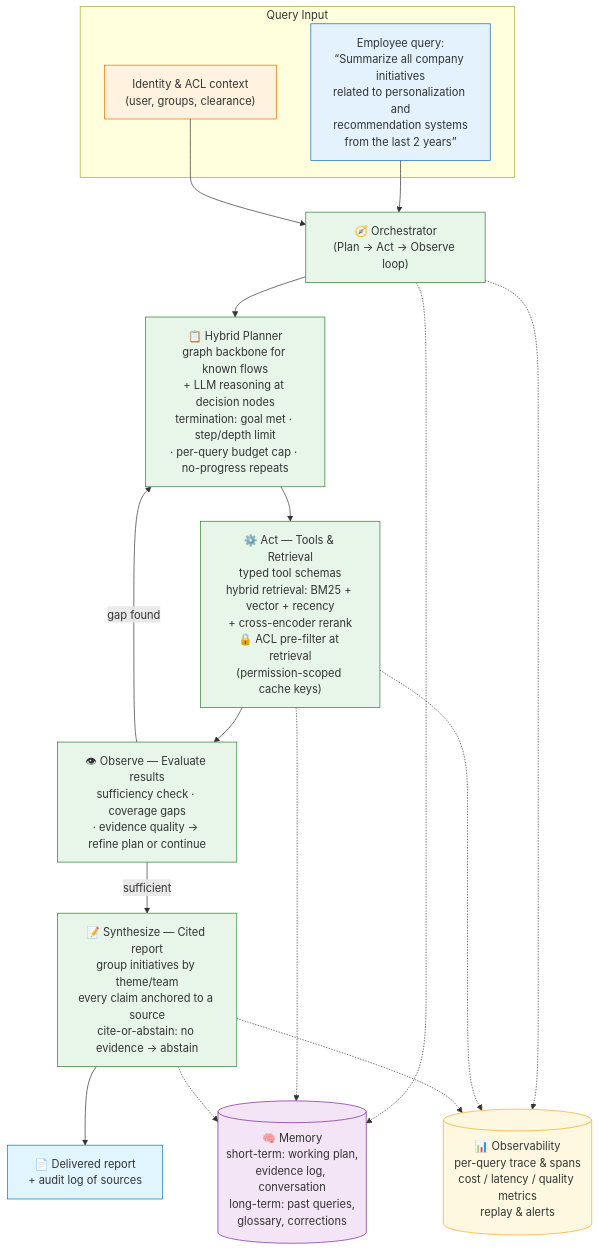
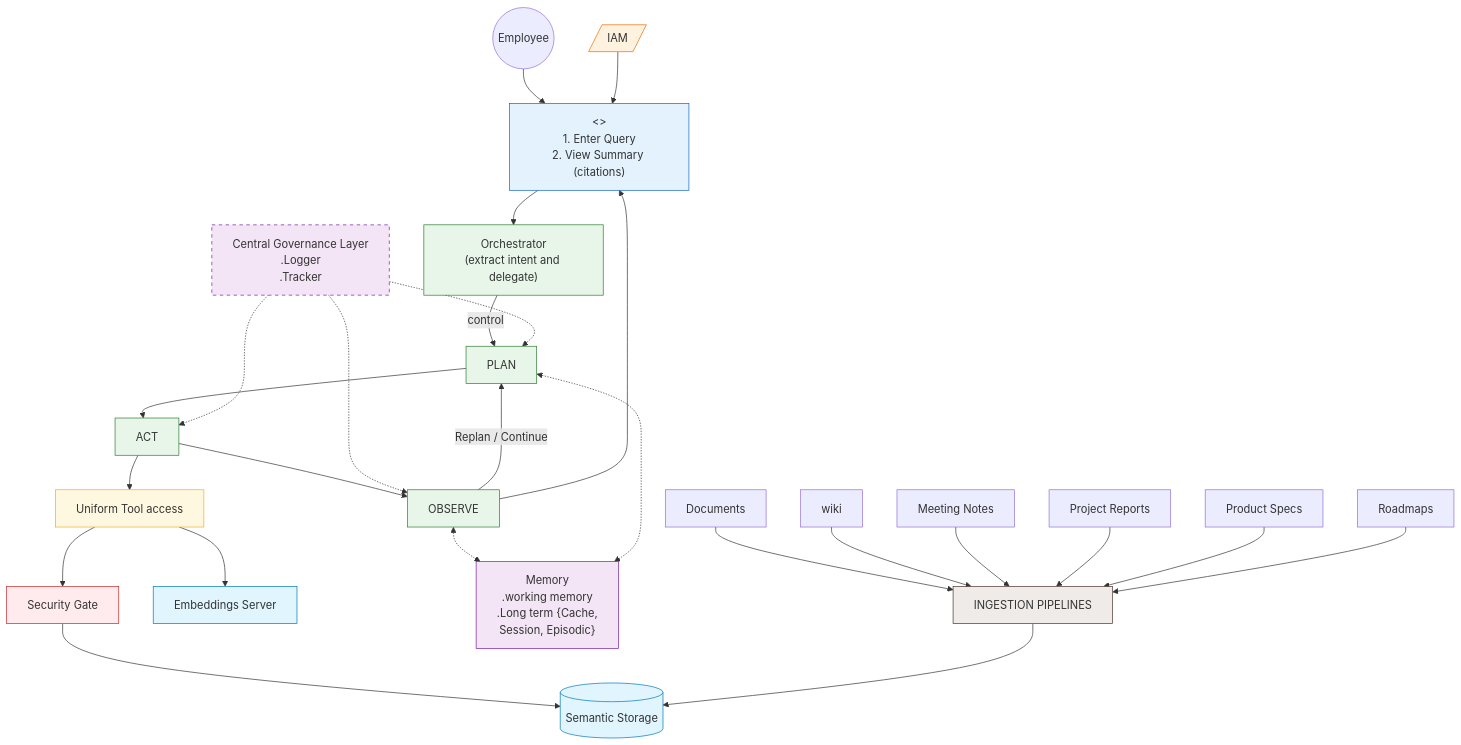
The diagram in README.md (palemsaikumar29-afk/enterprise-knowledge-research-agent), drawn with Mermaid before and after one commit. The commit also changed other lines of this file and 1 other file, not shown here.

Commit message:
Use hand-drawn architecture diagram as primary (Mermaid recreation + original sketch)

````diff
--- a/README.md
+++ b/README.md
@@ -26,43 +28,62 @@
 ```mermaid
 flowchart TB
-    subgraph Input["Query Input"]
-        Q["Employee query:<br/>“Summarize all company initiatives<br/>related to personalization and<br/>recommendation systems<br/>from the last 2 years”"]
-        ID["Identity & ACL context<br/>(user, groups, clearance)"]
-    end
+    User((Employee))
+    UI["<<UI>><br/>1. Enter Query<br/>2. View Summary (citations)"]
+    IAM[/"IAM"/]
+    Orch["Orchestrator<br/>(extract intent and delegate)"]
+    Gov["Central Governance Layer<br/>.Logger<br/>.Tracker"]
+    PLAN["PLAN"]
+    ACT["ACT"]
+    OBS["OBSERVE"]
+    Tools["Uniform Tool access"]
+    SecGate["Security Gate"]
+    SemStore[("Semantic Storage")]
+    Emb["Embeddings Server"]
+    Mem["Memory<br/>.working memory<br/>.Long term {Cache,<br/>Session, Episodic}"]
+    Ingest["INGESTION PIPELINES"]
+    Docs["Documents"]
+    Wiki["wiki"]
+    Notes["Meeting Notes"]
+    Reports["Project Reports"]
+    Specs["Product Specs"]
+    Roadmaps["Roadmaps"]
 
-    O["🧭 Orchestrator<br/>(Plan → Act → Observe loop)"]
-    P["📋 Hybrid Planner<br/>graph backbone for known flows<br/>+ LLM reasoning at decision nodes<br/>termination: goal met · step/depth limit<br/>· per-query budget cap · no-progress repeats"]
-    A["⚙️ Act — Tools & Retrieval<br/>typed tool schemas<br/>hybrid retrieval: BM25 + vector + recency<br/>+ cross-encoder rerank<br/>🔒 ACL pre-filter at retrieval<br/>(permission-scoped cache keys)"]
-    B["👁 Observe — Evaluate results<br/>sufficiency check · coverage gaps<br/>· evidence quality → refine plan or continue"]
-    S["📝 Synthesize — Cited report<br/>group initiatives by theme/team<br/>every claim anchored to a source<br/>cite-or-abstain: no evidence → abstain"]
-    D["📄 Delivered report<br/>+ audit log of sources"]
+    User --> UI
+    IAM --> UI
+    UI --> Orch
+    Orch -- "control" --> PLAN
+    PLAN --> ACT
+    ACT --> OBS
+    OBS -- "Replan / Continue" --> PLAN
+    OBS --> UI
+    ACT --> Tools
+    Tools --> SecGate
+    SecGate --> SemStore
+    Tools --> Emb
+    OBS <-.-> Mem
+    PLAN <-.-> Mem
+    Gov -.-> PLAN
+    Gov -.-> ACT
+    Gov -.-> OBS
+    Docs --> Ingest
+    Wiki --> Ingest
+    Notes --> Ingest
+    Reports --> Ingest
+    Specs --> Ingest
+    Roadmaps --> Ingest
+    Ingest --> SemStore
 
-    M[("🧠 Memory<br/>short-term: working plan,<br/>evidence log, conversation<br/>long-term: past queries,<br/>glossary, corrections")]
-    OB[("📊 Observability<br/>per-query trace & spans<br/>cost / latency / quality metrics<br/>replay & alerts")]
-
-    Q --> O
-    ID --> O
-    O --> P
-    P --> A
-    A --> B
-    B -->|gap found| P
-    B -->|sufficient| S
-    S --> D
-    O -.-> M
-    A -.-> M
-    S -.-> M
-    O -.-> OB
-    A -.-> OB
-    S -.-> OB
-
-    style Q fill:#e3f2fd,stroke:#1565c0
-    style ID fill:#fff3e0,stroke:#ef6c00
-    style O fill:#e8f5e9,stroke:#2e7d32
-    style P fill:#e8f5e9,stroke:#2e7d32
-    style A fill:#e8f5e9,stroke:#2e7d32
-    style B fill:#e8f5e9,stroke:#2e7d32
-    style S fill:#e8f5e9,stroke:#2e7d32
-    style D fill:#e1f5fe,stroke:#0277bd
-    style M fill:#f3e5f5,stroke:#7b1fa2
-    style OB fill:#fff8e1,stroke:#f9a825
+    style IAM fill:#fff3e0,stroke:#ef6c00
+    style UI fill:#e3f2fd,stroke:#1565c0
+    style Orch fill:#e8f5e9,stroke:#2e7d32
+    style PLAN fill:#e8f5e9,stroke:#2e7d32
+    style ACT fill:#e8f5e9,stroke:#2e7d32
+    style OBS fill:#e8f5e9,stroke:#2e7d32
+    style Gov fill:#f3e5f5,stroke:#7b1fa2,stroke-dasharray: 5 5
+    style Mem fill:#f3e5f5,stroke:#7b1fa2
+    style SecGate fill:#ffebee,stroke:#c62828
+    style Tools fill:#fff8e1,stroke:#f9a825
+    style SemStore fill:#e1f5fe,stroke:#0277bd
+    style Emb fill:#e1f5fe,stroke:#0277bd
+    style Ingest fill:#efebe9,stroke:#4e342e
 ```
````
